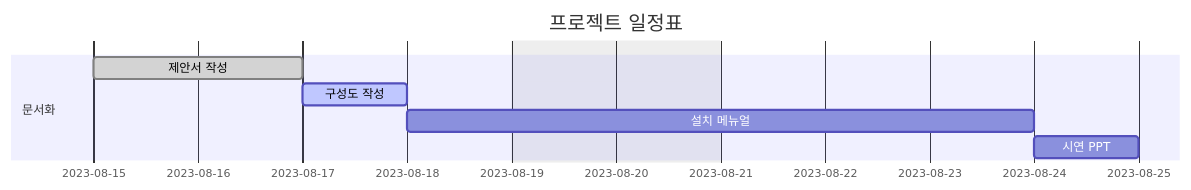
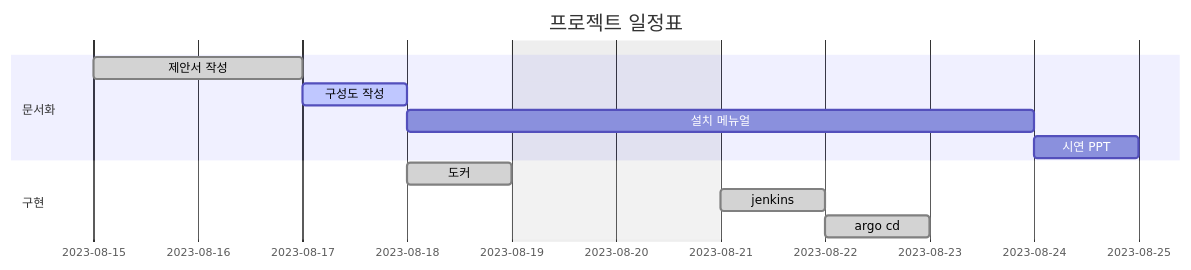
The diagram in README.md (LOFL404/project1), drawn with Mermaid before and after one commit.

````diff
--- a/README.md
+++ b/README.md
@@ -1,16 +1,19 @@
 ```mermaid
 gantt
     dateFormat  YYYY-MM-DD
     axisFormat  %Y-%m-%d
     title       프로젝트 일정표
     excludes    weekends saturday,sunday
     
     section 문서화
     제안서 작성     :done,    a, 2023-08-15, 2d
     구성도 작성     :active,    b, 2023-08-17, 1d
     설치 메뉴얼     :c, after b, 4d
     시연 PPT        :after c, 1d
 
     section 구현
+    도커            :done,    d, 2023-08-18, 1d
+    jenkins         :done,    e, 2023-08-21, 1d
+    argo cd         :done,    f, 2023-08-22, 1d 
     
 ```
````
